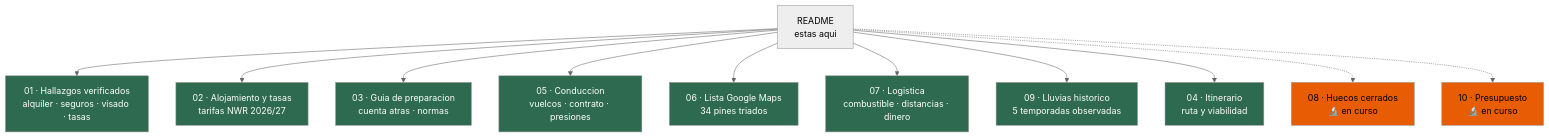
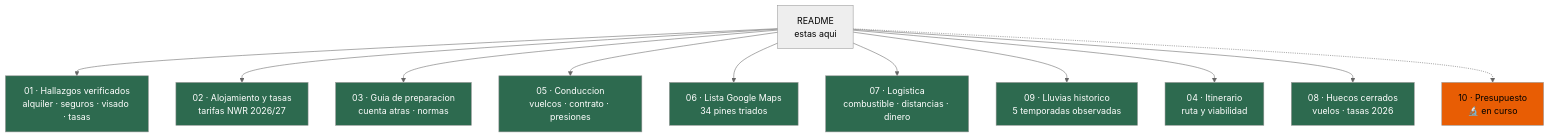
Before and after one commit to morandeirachema/namibia: the ninth of 11 diagrams in README.md, drawn with Mermaid (neutral theme). The commit also changed other lines of this file and 1 other file, not shown here.

Commit message:
Cerrar vuelos, tasas 2026 y antelacion en huecos-cerrados
Anadir a 08 las rutas de vuelo desde Madrid/Lisboa a Windhoek (Ethiopian,
Qatar, Lufthansa, Airlink, TAAG) con duraciones y el factor fiebre amarilla
por escala de mas de 12h en Adis y Luanda. Anadir el baremo de tasas del
MEFT de 2026 (firmado 15/01, vigente 1/04/2026): N80/adulto/dia = N40
entrada + N40 conservacion, ahora con documento oficial identificado.
Documentar que WebFetch esta bloqueado en el entorno, por lo que los
precios de lodges quedan sin verificar y las cifras nuevas son secundarias.

````diff
--- a/README.md
+++ b/README.md
@@ -259,24 +259,24 @@
 ```mermaid
 flowchart TD
     R["README<br/>estas aqui"]
     R --> D1["01 · Hallazgos verificados<br/>alquiler · seguros · visado · tasas"]
     R --> D2["02 · Alojamiento y tasas<br/>tarifas NWR 2026/27"]
     R --> D3["03 · Guia de preparacion<br/>cuenta atras · normas"]
     R --> D5["05 · Conduccion<br/>vuelcos · contrato · presiones"]
     R --> D6["06 · Lista Google Maps<br/>34 pines triados"]
     R --> D7["07 · Logistica<br/>combustible · distancias · dinero"]
     R --> D9["09 · Lluvias historico<br/>5 temporadas observadas"]
     R --> D4["04 · Itinerario<br/>ruta y viabilidad"]
-    R -.-> D8["08 · Huecos cerrados<br/>🔬 en curso"]
+    R --> D8["08 · Huecos cerrados<br/>vuelos · tasas 2026"]
     R -.-> D10["10 · Presupuesto<br/>🔬 en curso"]
     style D1 fill:#2d6a4f,color:#fff
     style D2 fill:#2d6a4f,color:#fff
     style D3 fill:#2d6a4f,color:#fff
     style D4 fill:#2d6a4f,color:#fff
     style D5 fill:#2d6a4f,color:#fff
     style D6 fill:#2d6a4f,color:#fff
     style D7 fill:#2d6a4f,color:#fff
     style D9 fill:#2d6a4f,color:#fff
-    style D8 fill:#e85d04,color:#000
+    style D8 fill:#2d6a4f,color:#fff
     style D10 fill:#e85d04,color:#000
 ```
````
